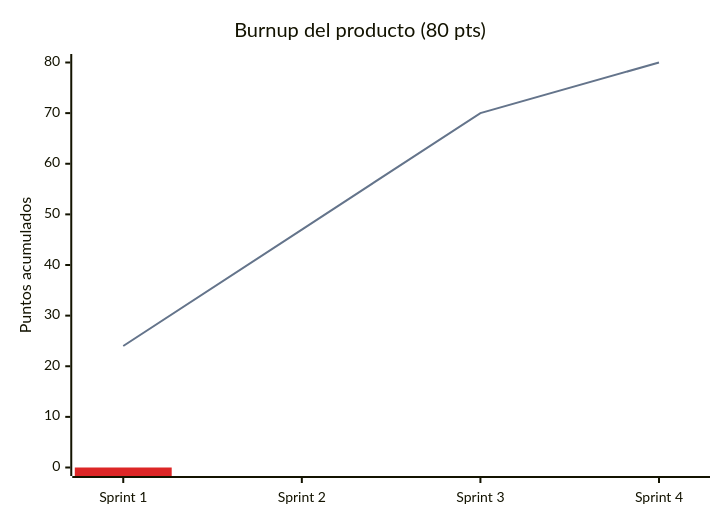
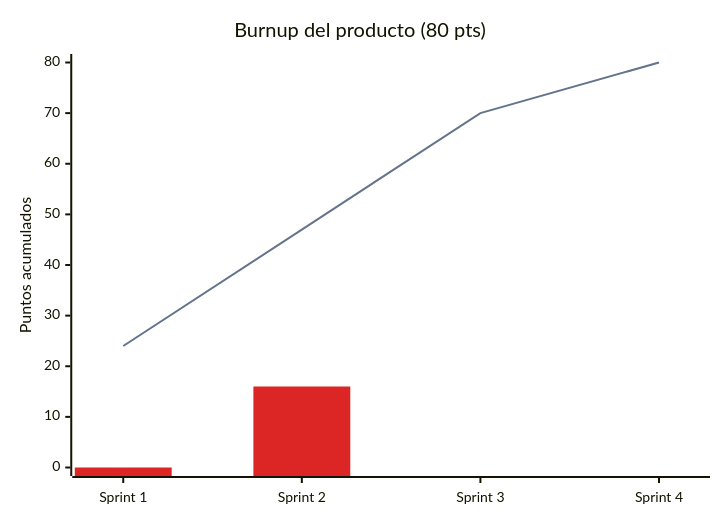
The second of 2 diagrams in docs/scrum/burndown.md (notNorthStar/Abarrotes-), drawn with Mermaid before and after one commit. The commit also changed other lines of this file and 14 other files, not shown here.

````diff
--- a/docs/scrum/burndown.md
+++ b/docs/scrum/burndown.md
@@ -57,9 +57,9 @@
 ```mermaid
 %%{init: {"themeVariables": {"xyChart": {"plotColorPalette": "#64748b, #dc2626"}}}}%%
 xychart-beta
     title "Burnup del producto (80 pts)"
     x-axis ["Sprint 1", "Sprint 2", "Sprint 3", "Sprint 4"]
     y-axis "Puntos acumulados" 0 --> 80
     line [24, 47, 70, 80]
-    bar [0]
+    bar [0, 16]
 ```
````
